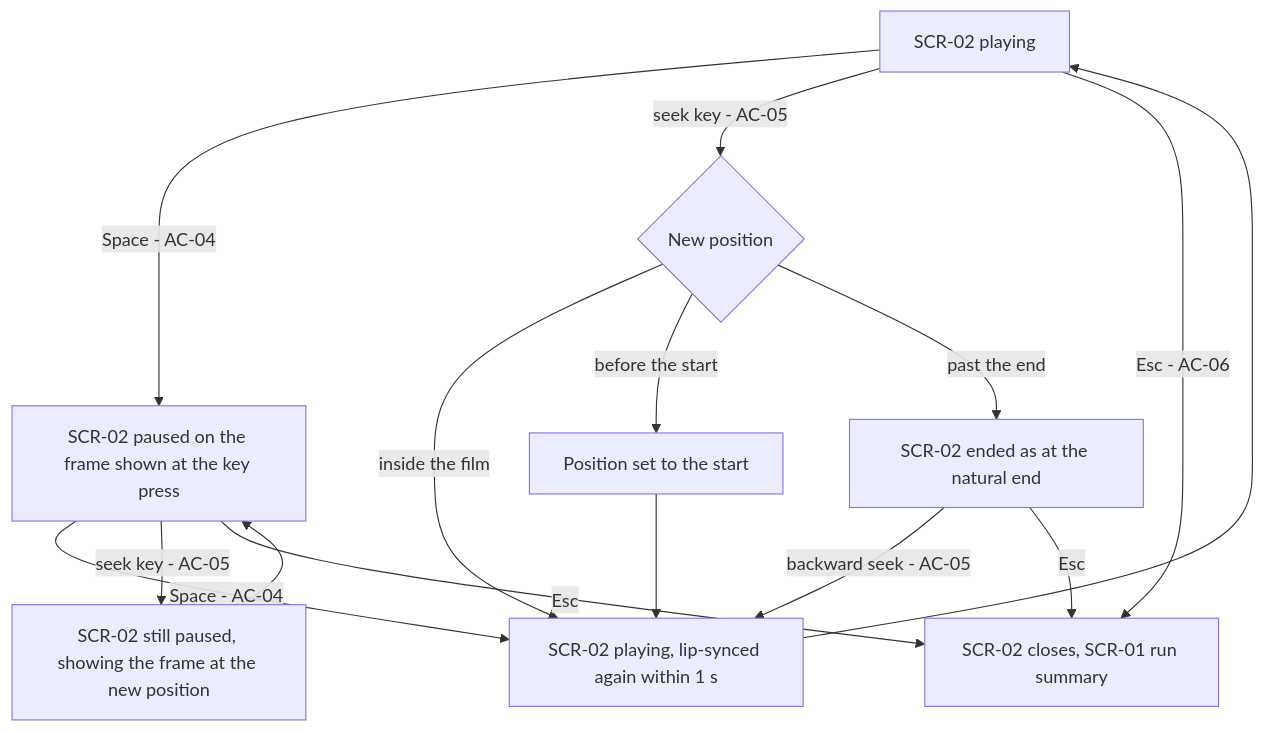
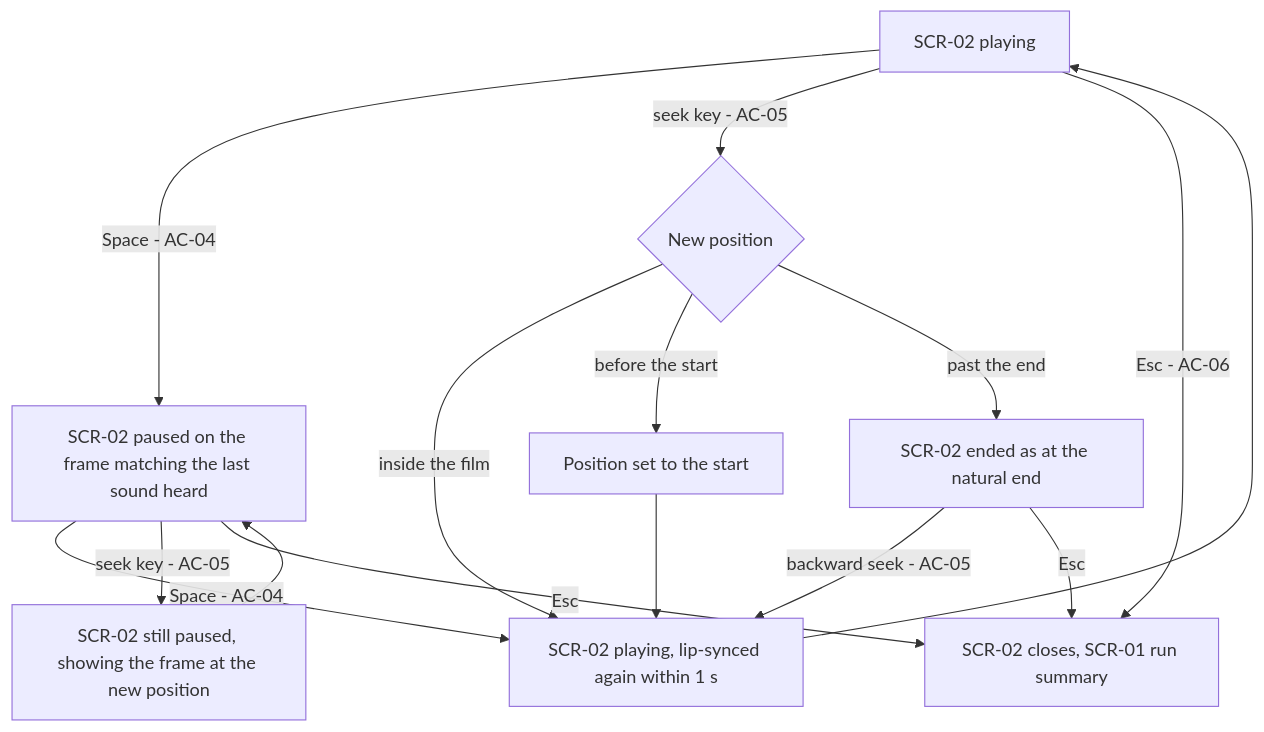
Before and after one commit to PulsarV/DualPlayer: the second of 5 diagrams in docs/features/lip-synced-video/ux-flows.md, drawn with Mermaid. The commit also changed other lines of this file and 9 other files, not shown here.

````diff
--- a/docs/features/lip-synced-video/ux-flows.md
+++ b/docs/features/lip-synced-video/ux-flows.md
@@ -62,17 +62,17 @@
 ```mermaid
 flowchart TD
-    PL["SCR-02 playing"] -->|"Space - AC-04"| PA["SCR-02 paused on the frame shown at the key press"]
+    PL["SCR-02 playing"] -->|"Space - AC-04"| PA["SCR-02 paused on the frame matching the last sound heard"]
     PA -->|"Space - AC-04"| R["SCR-02 playing, lip-synced again within 1 s"]
     R --> PL
     PL -->|"seek key - AC-05"| T{"New position"}
     T -->|"inside the film"| R
     T -->|"before the start"| ST["Position set to the start"]
     ST --> R
     T -->|"past the end"| EN["SCR-02 ended as at the natural end"]
     PA -->|"seek key - AC-05"| PS["SCR-02 still paused, showing the frame at the new position"]
     PS --> PA
     EN -->|"backward seek - AC-05"| R
     PL -->|"Esc - AC-06"| X["SCR-02 closes, SCR-01 run summary"]
     PA -->|"Esc"| X
     EN -->|"Esc"| X
 ```
````
